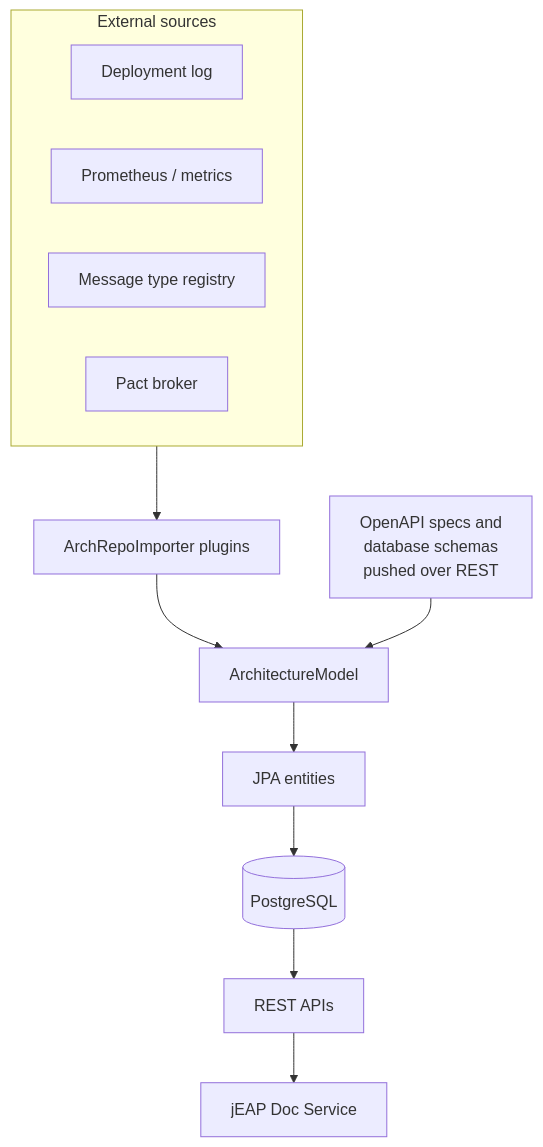
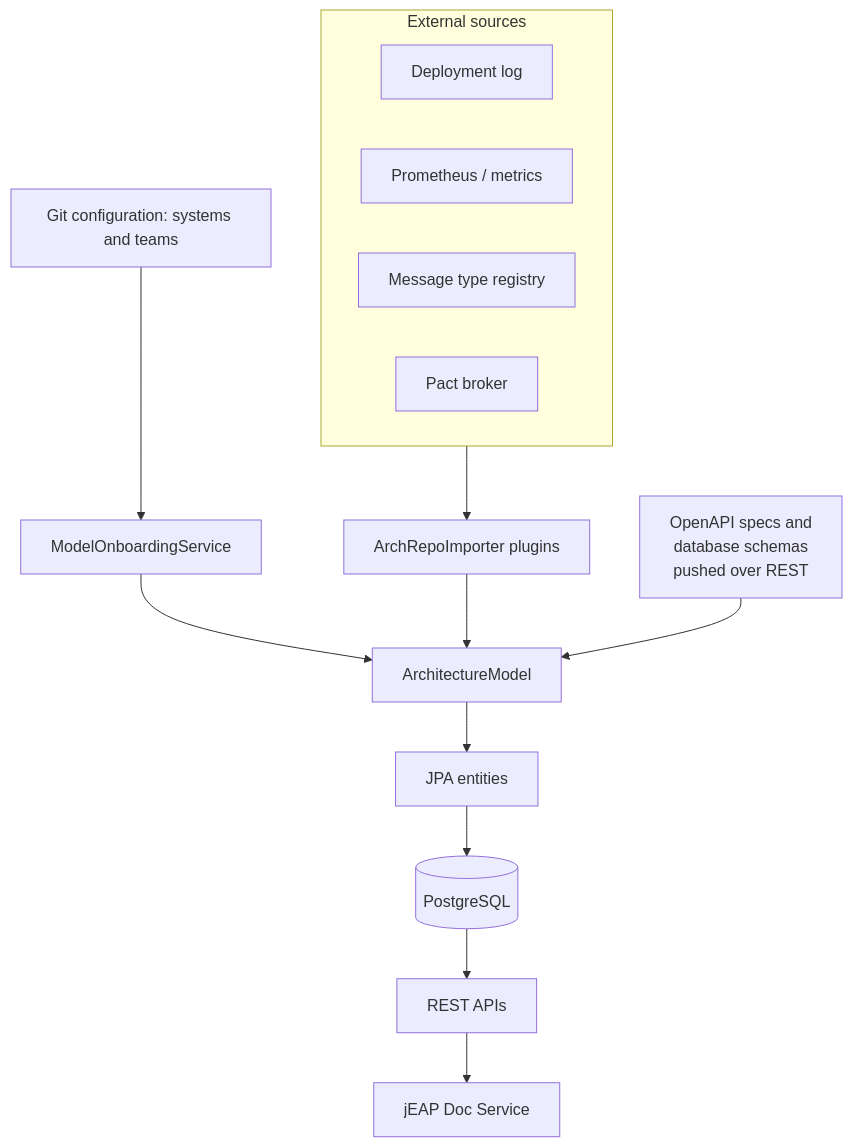
The diagram in docs/architecture.md (jeap-admin-ch/jeap-archrepo-service), drawn with Mermaid before and after one commit. The commit also changed other lines of this file and 65 other files, not shown here.

First line of the commit message:
JEAP-7700: teams / systems as code

````diff
--- a/docs/architecture.md
+++ b/docs/architecture.md
@@ -7,16 +7,18 @@
 ```mermaid
 flowchart TB
     subgraph sources["External sources"]
         DL["Deployment log"]
         PM["Prometheus / metrics"]
         MTR["Message type registry"]
         PB["Pact broker"]
     end
     sources --> IMP["ArchRepoImporter plugins"]
+    CONFIG["Git configuration: systems and teams"] --> ONBOARD["ModelOnboardingService"]
+    ONBOARD --> MODEL
     IMP --> MODEL["ArchitectureModel"]
     PUSH["OpenAPI specs and<br/>database schemas<br/>pushed over REST"] --> MODEL
     MODEL --> JPA["JPA entities"]
     JPA --> PG[("PostgreSQL")]
     PG --> REST["REST APIs"]
     REST --> DOC["jEAP Doc Service"]
 ```
````
